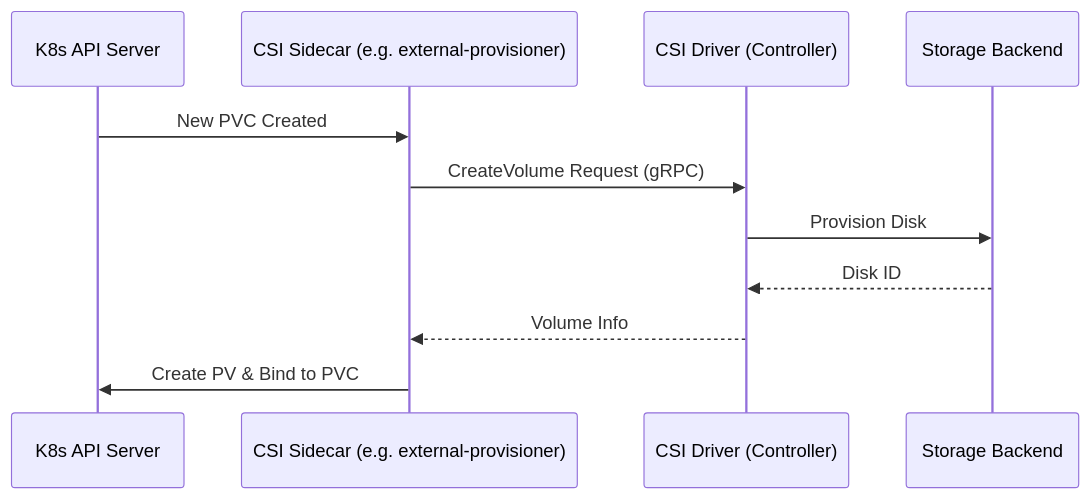
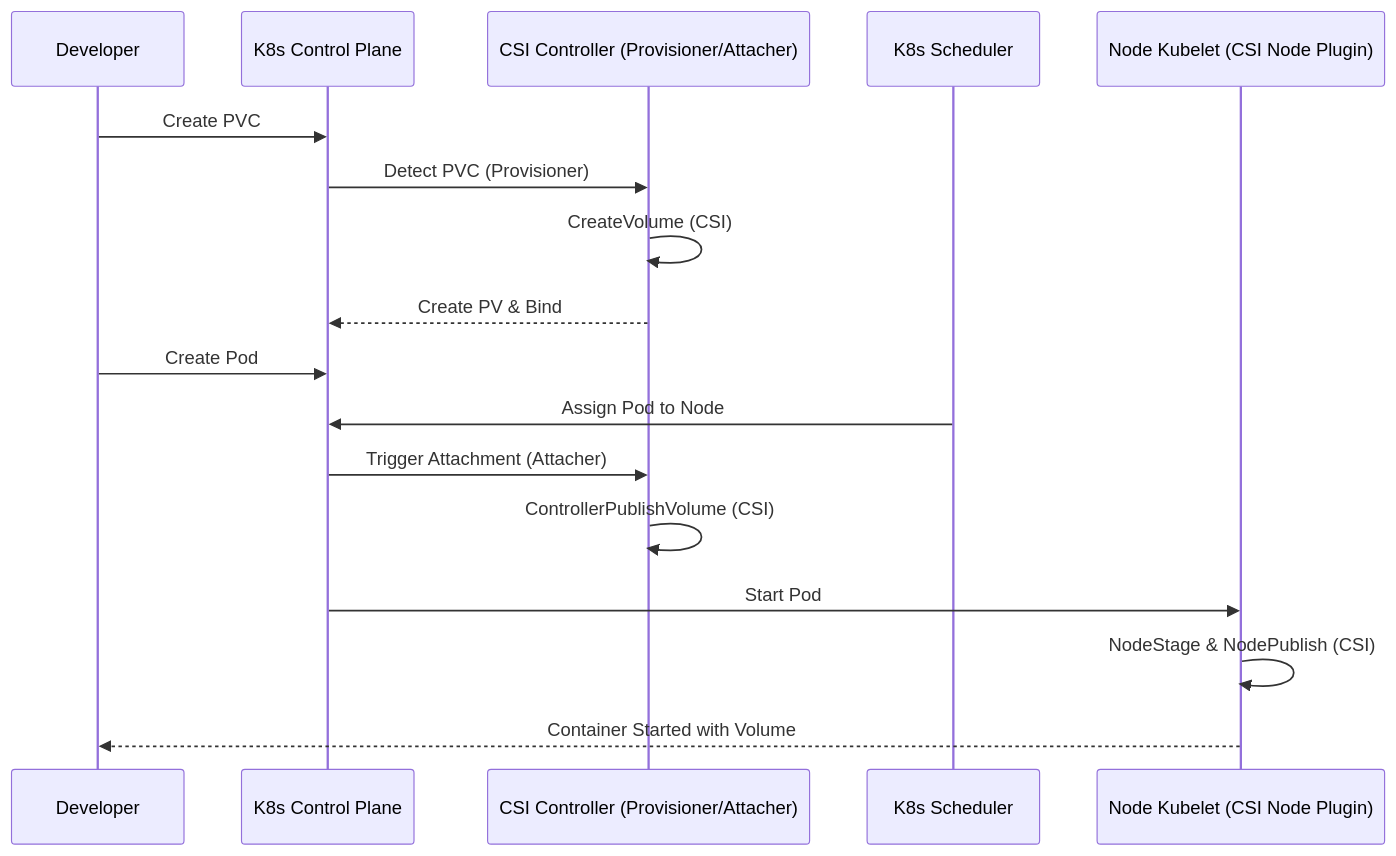
The second of 6 diagrams in _notes/kubernetes-storage.md (DavideRutigliano/portfolio-website), drawn with Mermaid before and after one commit. The commit also changed other lines of this file, not shown here.

Commit message:
Update storage notes with flows

````diff
--- a/_notes/kubernetes-storage.md
+++ b/_notes/kubernetes-storage.md
@@ -56,14 +34,20 @@
 ```mermaid
 sequenceDiagram
-    participant K8s as K8s API Server
-    participant Sidecar as CSI Sidecar (e.g. external-provisioner)
-    participant CSI as CSI Driver (Controller)
-    participant Storage as Storage Backend
+    participant User as Developer
+    participant K8s as K8s Control Plane
+    participant CSI_C as CSI Controller (Provisioner/Attacher)
+    participant Sched as K8s Scheduler
+    participant Kubelet as Node Kubelet (CSI Node Plugin)
 
-    K8s->>Sidecar: New PVC Created
-    Sidecar->>CSI: CreateVolume Request (gRPC)
-    CSI->>Storage: Provision Disk
-    Storage-->>CSI: Disk ID
-    CSI-->>Sidecar: Volume Info
-    Sidecar->>K8s: Create PV & Bind to PVC
+    User->>K8s: Create PVC
+    K8s->>CSI_C: Detect PVC (Provisioner)
+    CSI_C->>CSI_C: CreateVolume (CSI)
+    CSI_C-->>K8s: Create PV & Bind
+    User->>K8s: Create Pod
+    Sched->>K8s: Assign Pod to Node
+    K8s->>CSI_C: Trigger Attachment (Attacher)
+    CSI_C->>CSI_C: ControllerPublishVolume (CSI)
+    K8s->>Kubelet: Start Pod
+    Kubelet->>Kubelet: NodeStage & NodePublish (CSI)
+    Kubelet-->>User: Container Started with Volume
 ```
````
